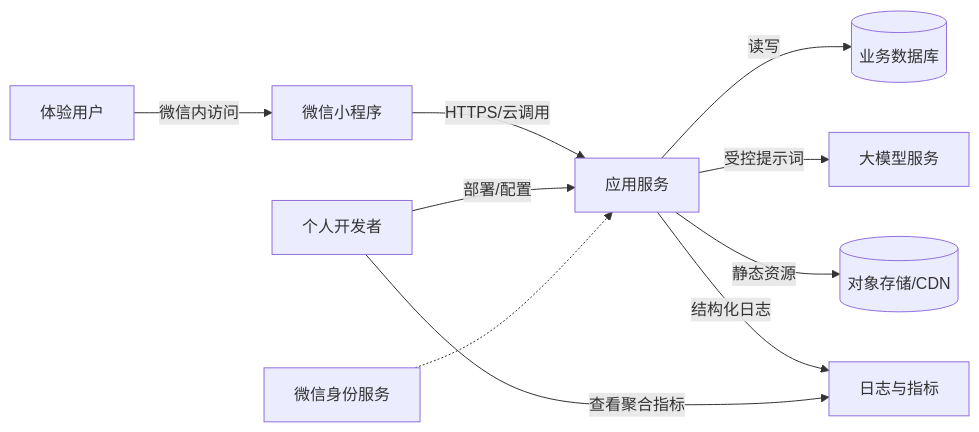
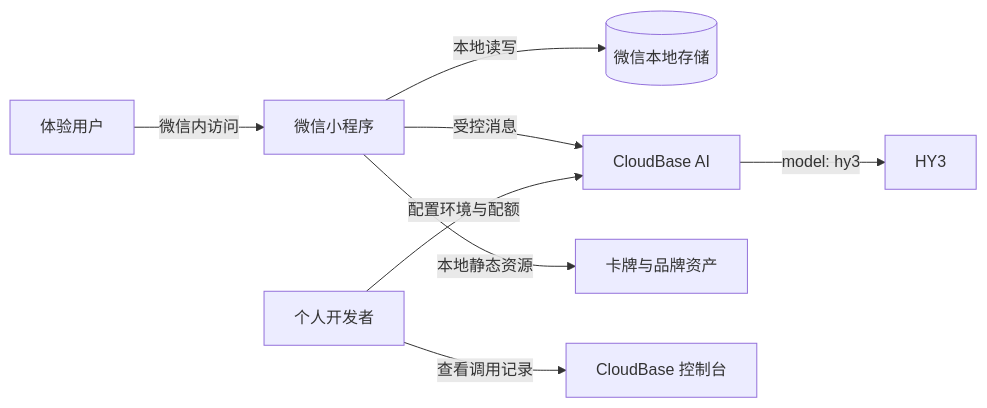
Before and after one commit to chenzhiyong1994/arcana-mirror: the first of 3 diagrams in docs/product/03-technical-architecture.md, drawn with Mermaid. The commit also changed other lines of this file and 31 other files, not shown here.

Commit message:
feat: integrate CloudBase hy3 interpretations

````diff
--- a/docs/product/03-technical-architecture.md
+++ b/docs/product/03-technical-architecture.md
@@ -46,12 +46,10 @@
 ```mermaid
 flowchart LR
     U[体验用户] -->|微信内访问| MP[微信小程序]
-    MP -->|HTTPS/云调用| API[应用服务]
-    API -->|读写| DB[(业务数据库)]
-    API -->|受控提示词| LLM[大模型服务]
-    API -->|静态资源| OSS[(对象存储/CDN)]
-    API -->|结构化日志| LOG[日志与指标]
-    DEV[个人开发者] -->|部署/配置| API
-    DEV -->|查看聚合指标| LOG
-    WX[微信身份服务] -.-> API
+    MP -->|本地读写| STORE[(微信本地存储)]
+    MP -->|受控消息| CBAI[CloudBase AI]
+    CBAI -->|model: hy3| LLM[HY3]
+    MP -->|本地静态资源| ASSET[卡牌与品牌资产]
+    DEV[个人开发者] -->|配置环境与配额| CBAI
+    DEV -->|查看调用记录| LOG[CloudBase 控制台]
 ```
````
